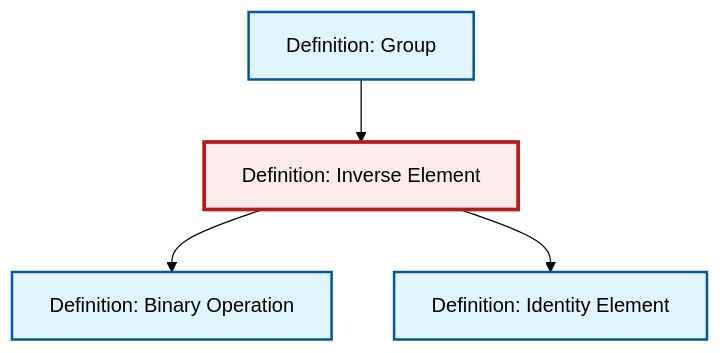
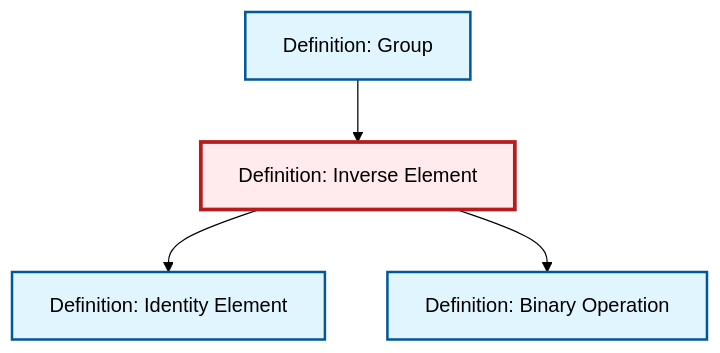
One commit to RK0429/ModernMath changed the diagram in content/en/algebra/def-inverse-element.qmd. Above: the diagram before and after it, drawn with Mermaid (forest theme). The commit also changed other lines of this file and 417 other files, not shown here.

````diff
--- a/content/en/algebra/def-inverse-element.qmd
+++ b/content/en/algebra/def-inverse-element.qmd
@@ -83,20 +83,20 @@
 ```{mermaid}
 %%| fig-cap: "Local dependency graph"
 graph TD
     classDef definition fill:#e1f5fe,stroke:#01579b,stroke-width:2px
     classDef theorem fill:#f3e5f5,stroke:#4a148c,stroke-width:2px
     classDef axiom fill:#fff3e0,stroke:#e65100,stroke-width:2px
     classDef example fill:#e8f5e9,stroke:#1b5e20,stroke-width:2px
     classDef current fill:#ffebee,stroke:#b71c1c,stroke-width:3px
     def-inverse-element["Definition: Inverse Element"]:::definition
     def-group["Definition: Group"]:::definition
+    def-binary-operation["Definition: Binary Operation"]:::definition
     def-identity-element["Definition: Identity Element"]:::definition
-    def-binary-operation["Definition: Binary Operation"]:::definition
+    def-group --> def-inverse-element
+    def-inverse-element --> def-identity-element
     def-inverse-element --> def-binary-operation
-    def-inverse-element --> def-identity-element
-    def-group --> def-inverse-element
     class def-inverse-element current
     click def-group "def-group.html" "Go to Group definition"
+    click def-binary-operation "def-binary-operation.html" "Go to Binary Operation definition"
     click def-identity-element "def-identity-element.html" "Go to Identity Element definition"
-    click def-binary-operation "def-binary-operation.html" "Go to Binary Operation definition"
 ```
````
